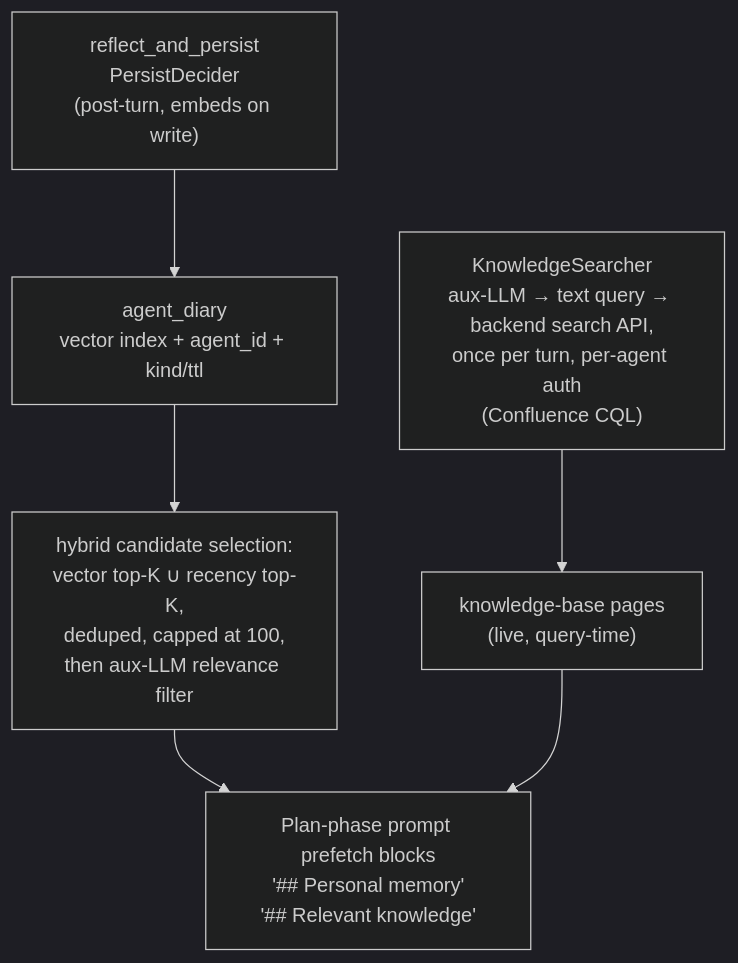
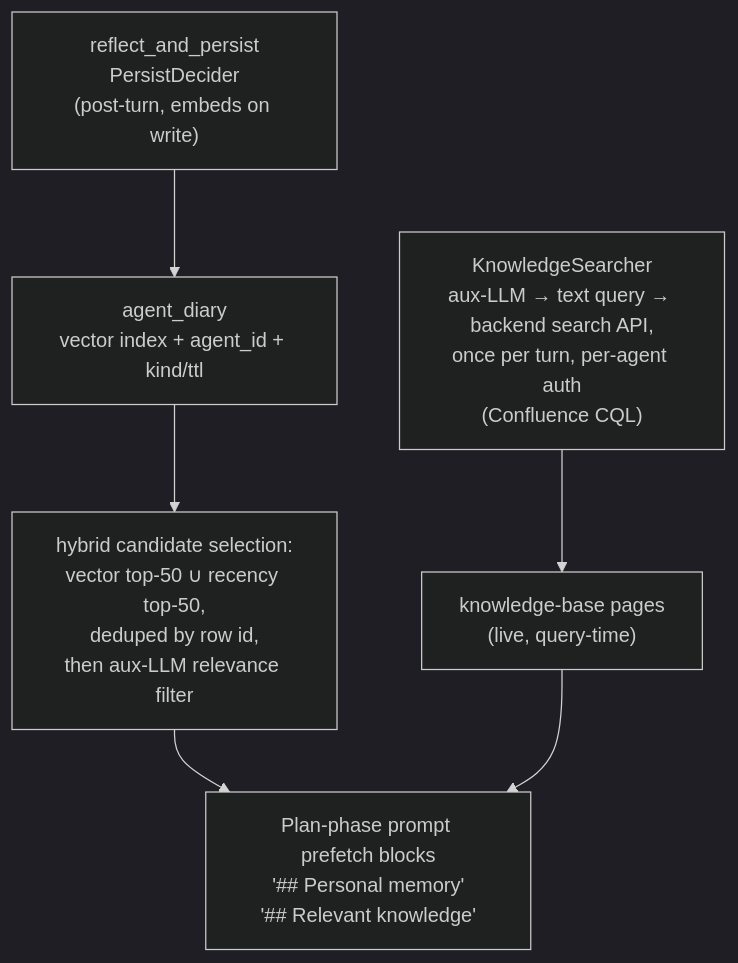
The diagram in docs/concepts/knowledge-system.md (crewlet/crewlet), drawn with Mermaid (dark theme) before and after one commit. The commit also changed other lines of this file and 15 other files, not shown here.

````diff
--- a/docs/concepts/knowledge-system.md
+++ b/docs/concepts/knowledge-system.md
@@ -14,11 +14,11 @@
 ```mermaid
 flowchart TD
     RP["reflect_and_persist<br/>PersistDecider<br/>(post-turn, embeds on write)"]
     DIARY["agent_diary<br/>vector index + agent_id + kind/ttl"]
-    SEL["hybrid candidate selection:<br/>vector top-K ∪ recency top-K,<br/>deduped, capped at 100,<br/>then aux-LLM relevance filter"]
+    SEL["hybrid candidate selection:<br/>vector top-50 ∪ recency top-50,<br/>deduped by row id,<br/>then aux-LLM relevance filter"]
     PROMPT["Plan-phase prompt prefetch blocks<br/>'## Personal memory'<br/>'## Relevant knowledge'"]
     KB["knowledge-base pages<br/>(live, query-time)"]
     KS["KnowledgeSearcher<br/>aux-LLM → text query → backend search API,<br/>once per turn, per-agent auth<br/>(Confluence CQL)"]
     RP --> DIARY --> SEL --> PROMPT
     KS --> KB --> PROMPT
 ```
````
